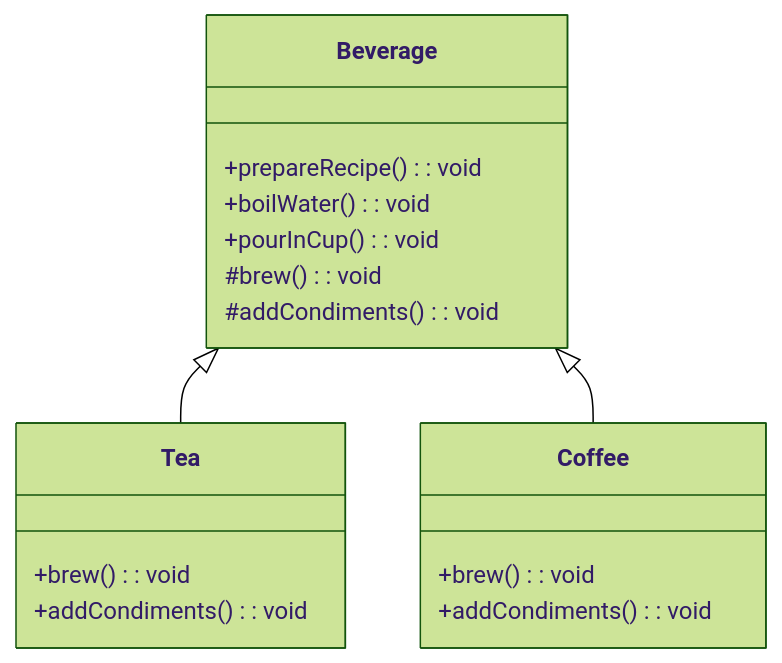
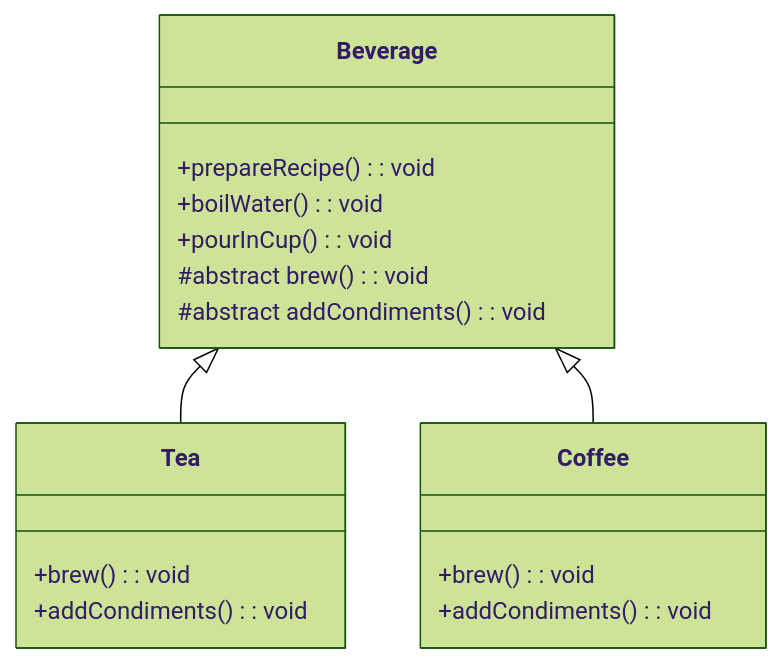
Before and after one commit to sachinyadav111140/designPattern: the diagram in behavioral/TemplateMethod/TemplateMethod.md, drawn with Mermaid (forest theme).

Commit message:
class diagram

````diff
--- a/behavioral/TemplateMethod/TemplateMethod.md
+++ b/behavioral/TemplateMethod/TemplateMethod.md
@@ -124,23 +124,23 @@
 ```mermaid
 classDiagram
     class Beverage {
         +prepareRecipe() : void
         +boilWater() : void
         +pourInCup() : void
-        #brew() : void
-        #addCondiments() : void
+        #abstract brew() : void
+        #abstract addCondiments() : void
     }
 
     class Tea {
         +brew() : void
         +addCondiments() : void
     }
 
     class Coffee {
         +brew() : void
         +addCondiments() : void
     }
 
     Beverage <|-- Tea
     Beverage <|-- Coffee
 ```
````
